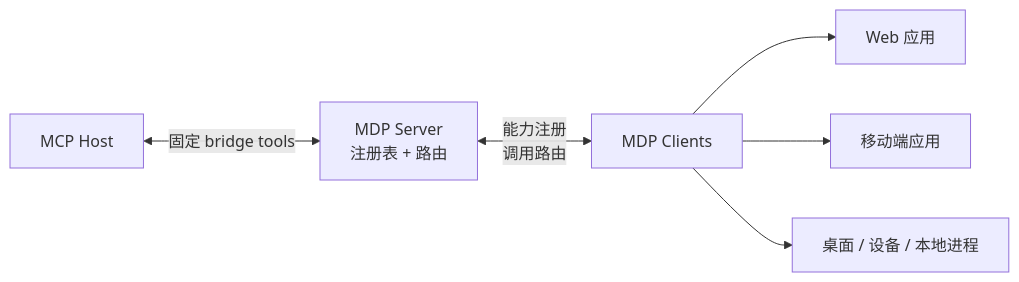
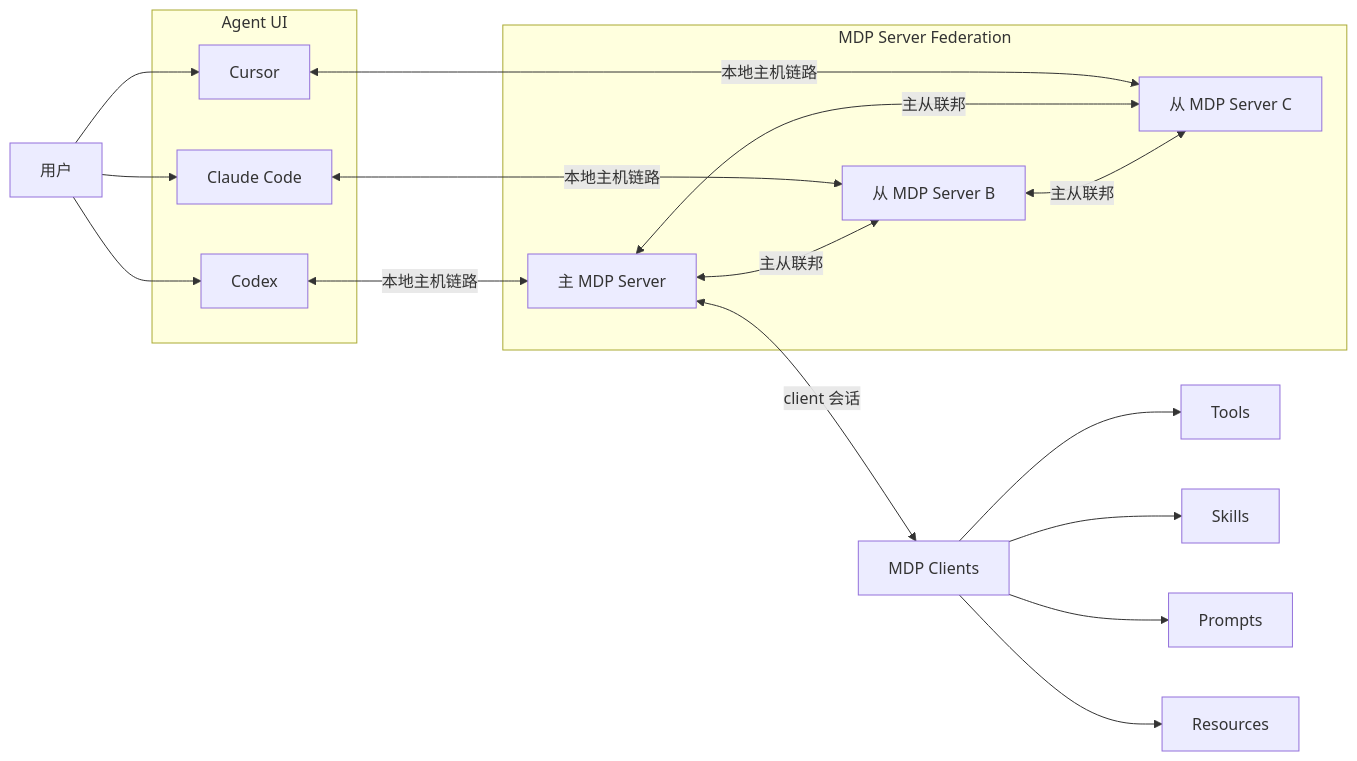
Before and after one commit to modeldriveprotocol/modeldriveprotocol: the first of 2 diagrams in README.zh-Hans.md, drawn with Mermaid. The commit also changed other lines of this file and 68 other files, not shown here.

````diff
--- a/README.zh-Hans.md
+++ b/README.zh-Hans.md
@@ -65,8 +74,40 @@
 ```mermaid
 flowchart LR
-  host["MCP Host"] <-->|"固定 bridge tools"| server["MDP Server<br/>注册表 + 路由"]
-  server <-->|"能力注册<br/>调用路由"| clients["MDP Clients"]
-  clients --> web["Web 应用"]
-  clients --> mobile["移动端应用"]
-  clients --> local["桌面 / 设备 / 本地进程"]
+  user["用户"]
+
+  subgraph agents["Agent UI"]
+    claude["Claude Code"]
+    codex["Codex"]
+    cursor["Cursor"]
+  end
+
+  subgraph servers["MDP Server Federation"]
+    primary["主 MDP Server"]
+    secondaryB["从 MDP Server B"]
+    secondaryC["从 MDP Server C"]
+  end
+
+  clients["MDP Clients"]
+  tools["Tools"]
+  skills["Skills"]
+  prompts["Prompts"]
+  resources["Resources"]
+
+  user --> claude
+  user --> codex
+  user --> cursor
+
+  claude <-->|"本地主机链路"| secondaryB
+  codex <-->|"本地主机链路"| primary
+  cursor <-->|"本地主机链路"| secondaryC
+
+  primary <-->|"主从联邦"| secondaryB
+  primary <-->|"主从联邦"| secondaryC
+  secondaryB <-->|"主从联邦"| secondaryC
+
+  primary <-->|"client 会话"| clients
+  clients --> tools
+  clients --> skills
+  clients --> prompts
+  clients --> resources
 ```
````
